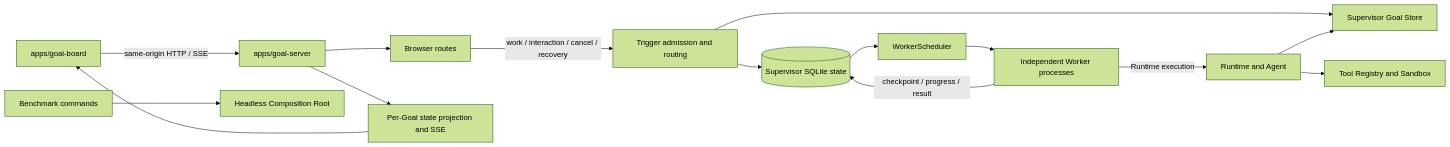
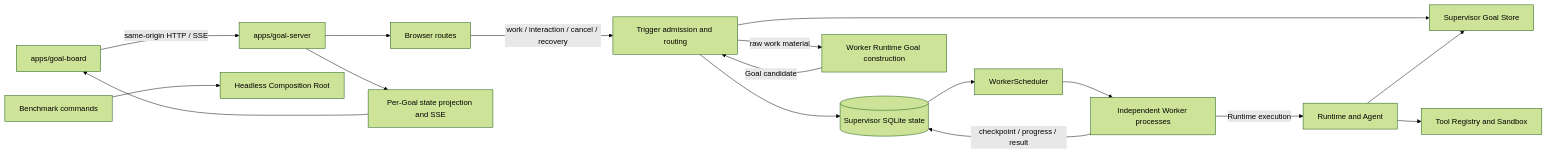
Before and after one commit to ccasJay/LazyGoal: the diagram in apps/goal-server/notes/overview.md, drawn with Mermaid (forest theme). The commit also changed other lines of this file and 19 other files, not shown here.

Commit message:
feat(trigger): 由 Worker Runtime 构造 Goal

````diff
--- a/apps/goal-server/notes/overview.md
+++ b/apps/goal-server/notes/overview.md
@@ -42,17 +42,19 @@
 ```mermaid
 flowchart LR
     WB[apps/goal-board] -->|same-origin HTTP / SSE| WS[apps/goal-server]
     WS --> BR[Browser routes]
     BR -->|work / interaction / cancel / recovery| AD[Trigger admission and routing]
     AD --> DB[(Supervisor SQLite state)]
+    AD -->|raw work material| WR[Worker Runtime Goal construction]
+    WR -->|Goal candidate| AD
     AD --> GOAL[Supervisor Goal Store]
     DB --> SCH[WorkerScheduler]
     SCH --> WP[Independent Worker processes]
     WP -->|checkpoint / progress / result| DB
     WP -->|Runtime execution| RT[Runtime and Agent]
     RT --> GOAL
     RT --> TOOLS[Tool Registry and Sandbox]
     WS --> SSE[Per-Goal state projection and SSE]
     SSE --> WB
     BM[Benchmark commands] --> HR[Headless Composition Root]
 ```
````
